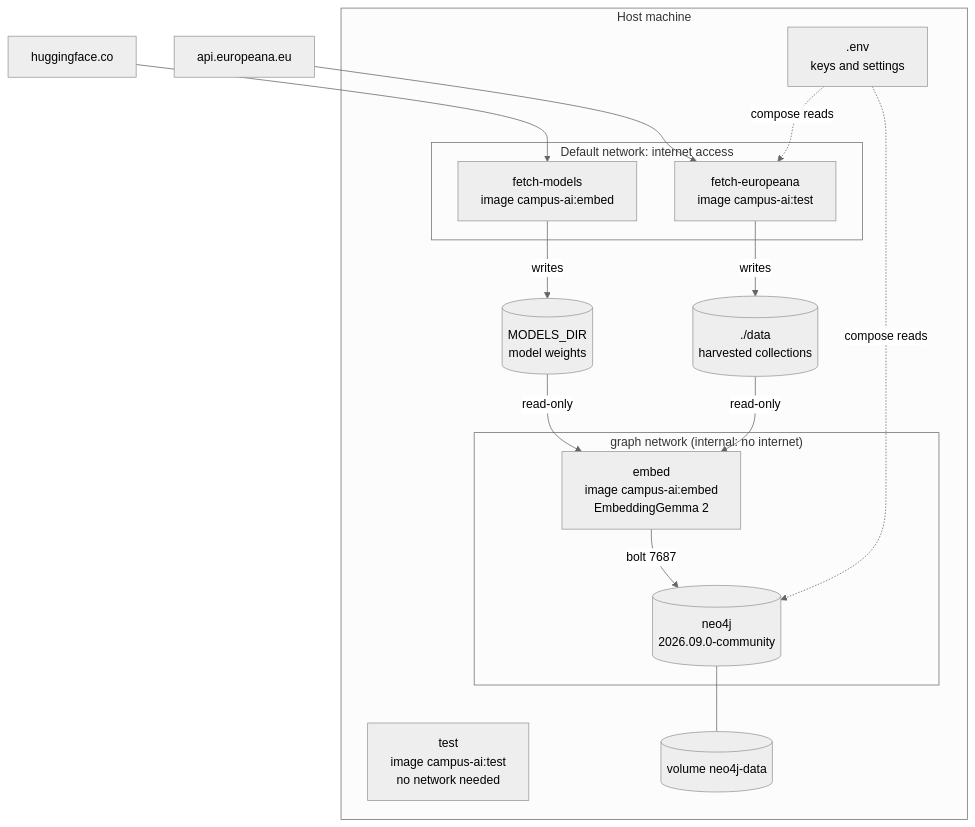
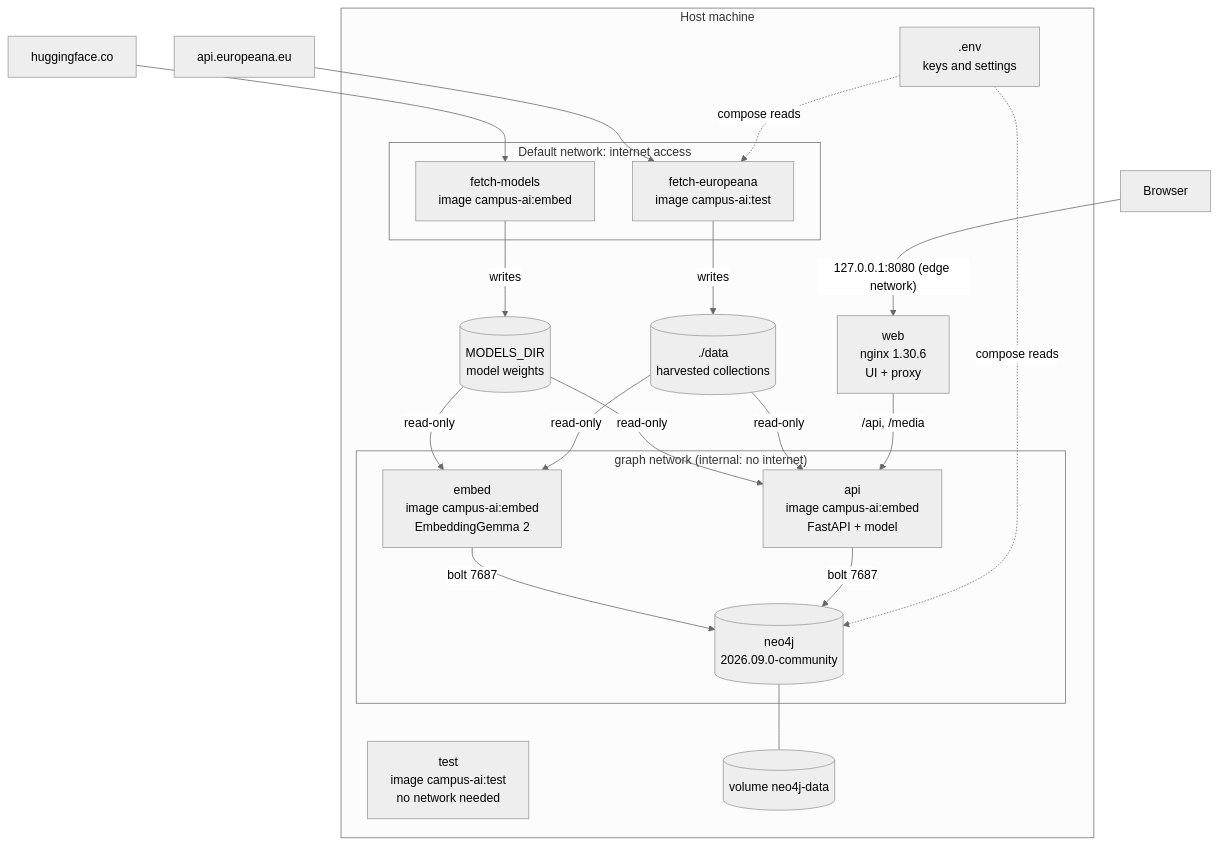
One commit to teamworxAI/campus-ai changed the second of 6 diagrams in docs/architecture.md. Above: the diagram before and after it, drawn with Mermaid (neutral theme). The commit also changed other lines of this file and 4 other files, not shown here.

First line of the commit message:
Document the collections search API and web app

````diff
--- a/docs/architecture.md
+++ b/docs/architecture.md
@@ -67,30 +67,37 @@
 ```mermaid
 flowchart TB
     HF[huggingface.co]
     API[api.europeana.eu]
     subgraph host[Host machine]
         MD[(MODELS_DIR<br/>model weights)]
         DD[(./data<br/>harvested collections)]
         ENV[.env<br/>keys and settings]
         subgraph internet_ok[Default network: internet access]
             FM[fetch-models<br/>image campus-ai:embed]
             FE[fetch-europeana<br/>image campus-ai:test]
         end
         subgraph graphnet["graph network (internal: no internet)"]
             EMB[embed<br/>image campus-ai:embed<br/>EmbeddingGemma 2]
+            APIS[api<br/>image campus-ai:embed<br/>FastAPI + model]
             NEO[(neo4j<br/>2026.09.0-community)]
         end
+        WEB[web<br/>nginx 1.30.6<br/>UI + proxy]
         TEST[test<br/>image campus-ai:test<br/>no network needed]
         VOL[(volume neo4j-data)]
     end
     HF --> FM
     API --> FE
     FM -- writes --> MD
     FE -- writes --> DD
     MD -- read-only --> EMB
     DD -- read-only --> EMB
     EMB -- bolt 7687 --> NEO
+    APIS -- bolt 7687 --> NEO
+    MD -- read-only --> APIS
+    DD -- read-only --> APIS
+    WEB -- "/api, /media" --> APIS
     NEO --- VOL
     ENV -. compose reads .-> FE
     ENV -. compose reads .-> NEO
+    BR[Browser] -- "127.0.0.1:8080 (edge network)" --> WEB
 ```
````
